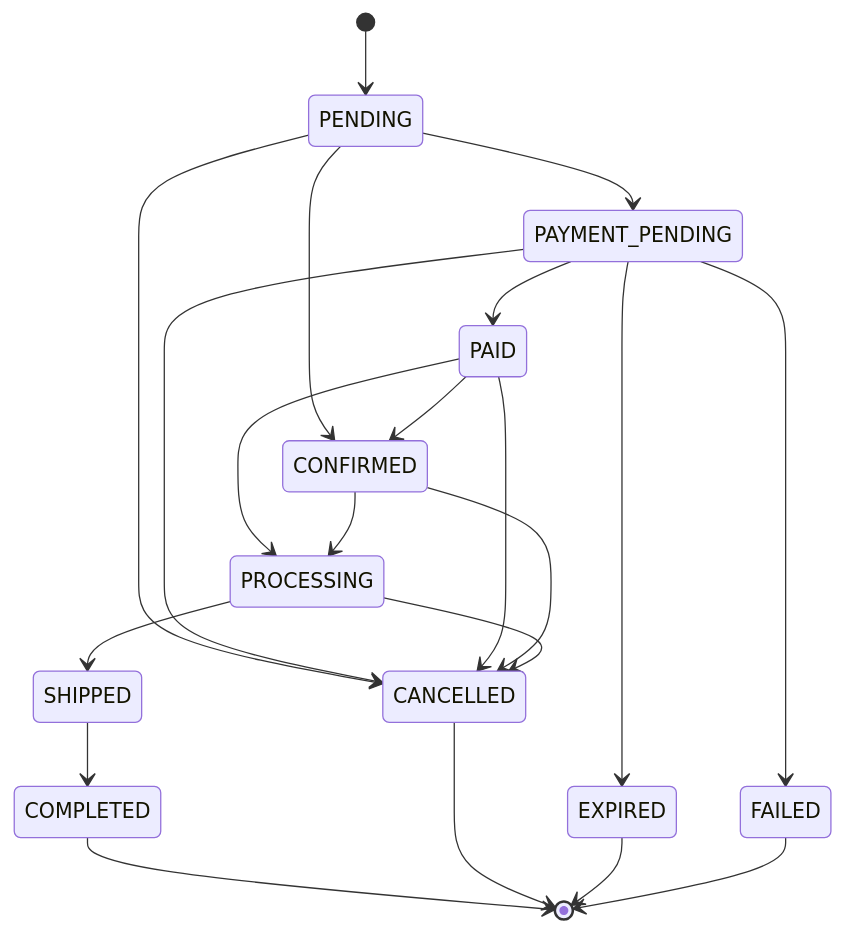
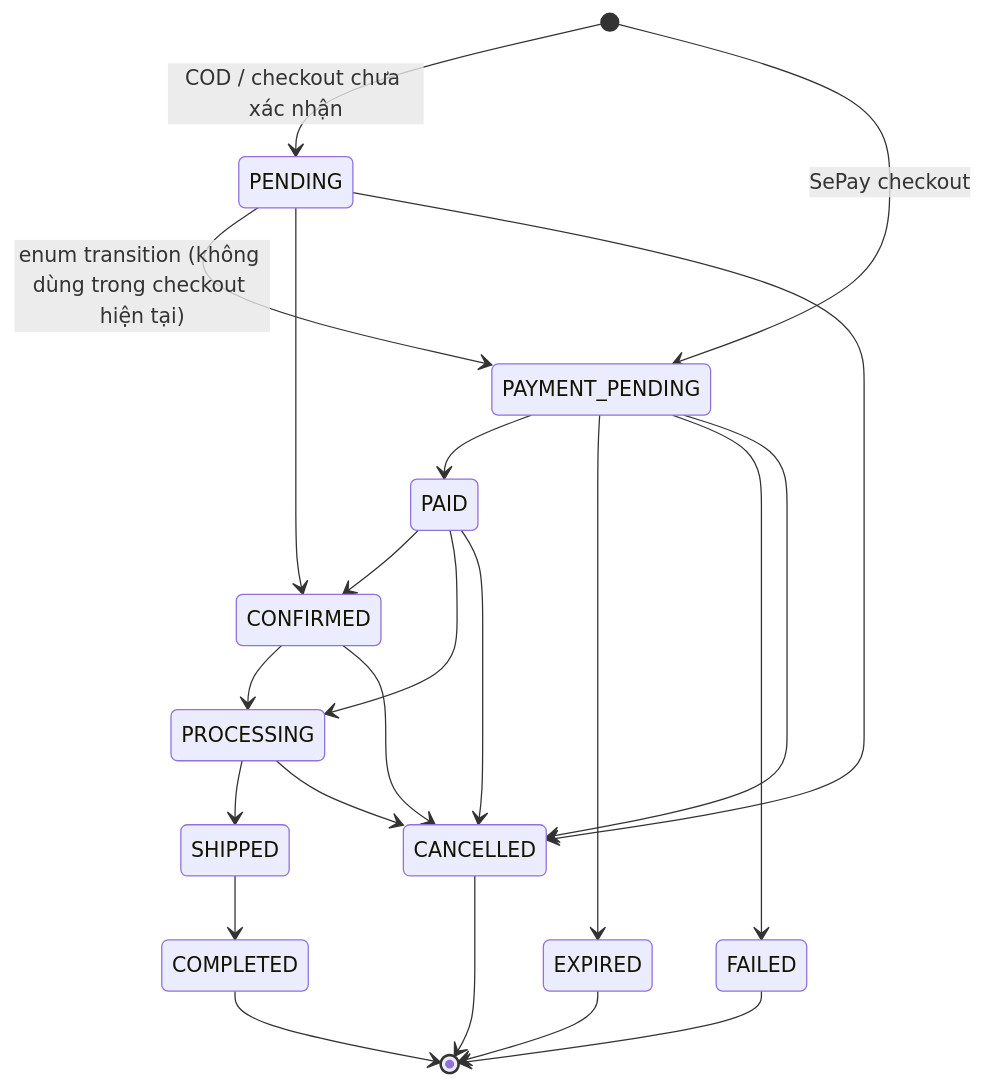
One commit to TinTran04/MSS301-Stylemind changed the diagram in docs/architecture/04-order-state-machine.md. Above: the diagram before and after it, drawn with Mermaid. The commit also changed other lines of this file and 34 other files, not shown here.

````diff
--- a/docs/architecture/04-order-state-machine.md
+++ b/docs/architecture/04-order-state-machine.md
@@ -6,23 +6,24 @@
 ```mermaid
 stateDiagram-v2
-  [*] --> PENDING
-  PENDING --> PAYMENT_PENDING
+  [*] --> PENDING : COD / checkout chưa xác nhận
+  [*] --> PAYMENT_PENDING : SePay checkout
+  PENDING --> PAYMENT_PENDING : enum transition (không dùng trong checkout hiện tại)
   PENDING --> CONFIRMED
   PENDING --> CANCELLED
   PAYMENT_PENDING --> PAID
   PAYMENT_PENDING --> EXPIRED
   PAYMENT_PENDING --> FAILED
   PAYMENT_PENDING --> CANCELLED
   PAID --> CONFIRMED
   PAID --> PROCESSING
   PAID --> CANCELLED
   CONFIRMED --> PROCESSING
   CONFIRMED --> CANCELLED
   PROCESSING --> SHIPPED
   PROCESSING --> CANCELLED
   SHIPPED --> COMPLETED
   COMPLETED --> [*]
   CANCELLED --> [*]
   EXPIRED --> [*]
   FAILED --> [*]
 ```
````
